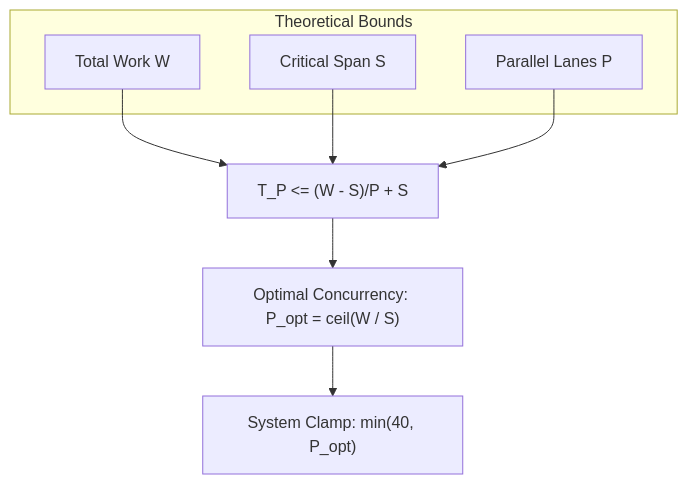
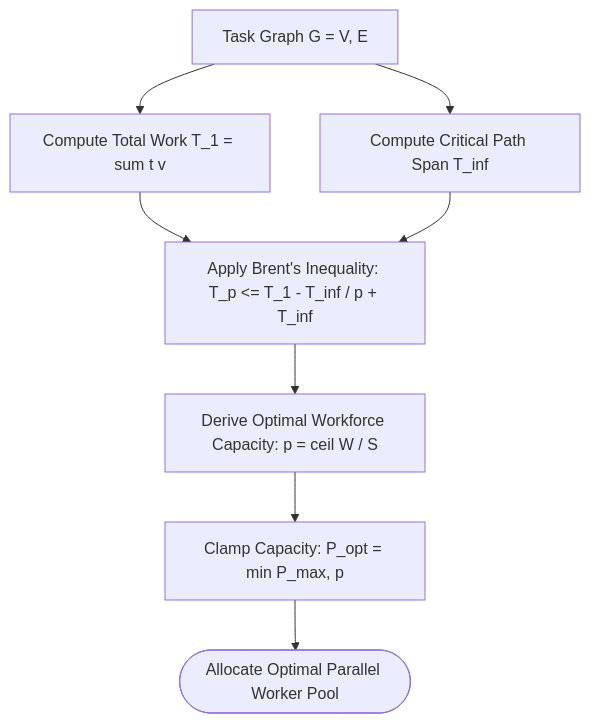
One commit to onurseckin/skills changed the diagram in docs/olt/architecture/05-concurrency-straggler-sla/05-01-brent-work-span-theorem.md. Above: the diagram before and after it, drawn with Mermaid. The commit also changed other lines of this file and 177 other files, not shown here.

````diff
--- a/docs/olt/architecture/05-concurrency-straggler-sla/05-01-brent-work-span-theorem.md
+++ b/docs/olt/architecture/05-concurrency-straggler-sla/05-01-brent-work-span-theorem.md
@@ -38,11 +61,10 @@
 ```mermaid
 flowchart TD
-    subgraph "Theoretical Bounds"
-        W[Total Work W]
-        S[Critical Span S]
-        P[Parallel Lanes P]
-    end
-    W & S & P --> Formula["T_P <= (W - S)/P + S"]
-    Formula --> ConcurrencyFormula["Optimal Concurrency: P_opt = ceil(W / S)"]
-    ConcurrencyFormula --> Clamp["System Clamp: min(40, P_opt)"]
+    DAG[Task Graph G = V, E] --> ComputeWork[Compute Total Work T_1 = sum t v]
+    DAG --> ComputeSpan[Compute Critical Path Span T_inf]
+    ComputeWork --> ApplyBrent[Apply Brent's Inequality: T_p <= T_1 - T_inf / p + T_inf]
+    ComputeSpan --> ApplyBrent
+    ApplyBrent --> ComputeCapacity[Derive Optimal Workforce Capacity: p = ceil W / S]
+    ComputeCapacity --> BoundCapacity[Clamp Capacity: P_opt = min P_max, p]
+    BoundCapacity --> AllocWorkers([Allocate Optimal Parallel Worker Pool])
 ```
````
